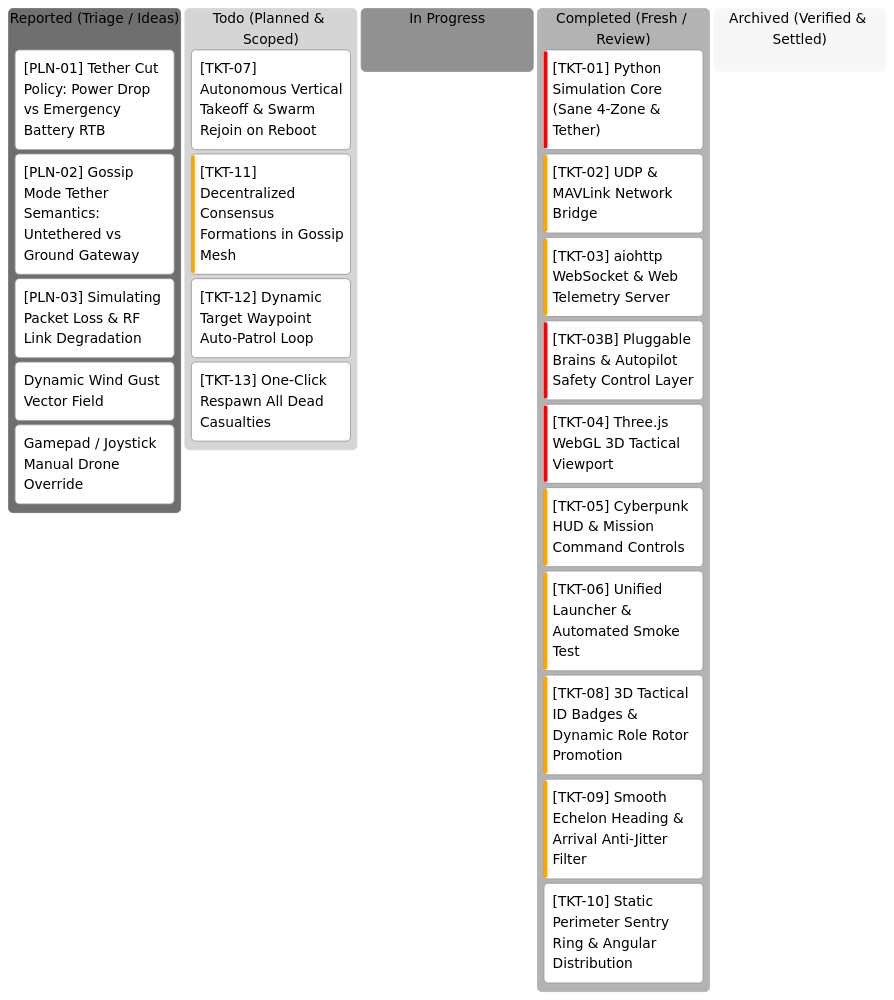
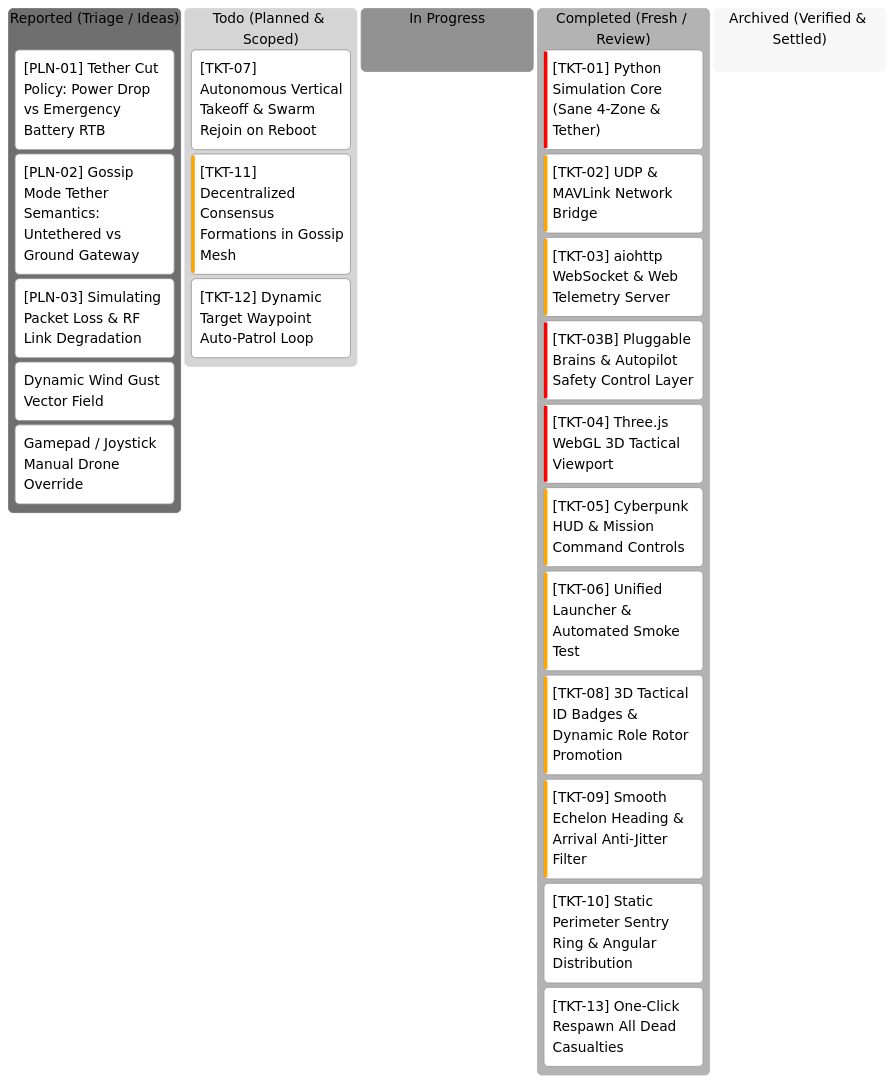
One commit to AlitheiaDeus/SwarmTech_v3-Uprising changed the diagram in kanban.md. Above: the diagram before and after it, drawn with Mermaid (neutral theme). The commit also changed other lines of this file and 8 other files, not shown here.

Commit message:
feat(casualty): implement one-click REBOOT_ALL_DEAD handler and GCS respawn button [TKT-13]

````diff
--- a/kanban.md
+++ b/kanban.md
@@ -7,27 +7,27 @@
 ```mermaid
 kanban
   reported["Reported (Triage / Ideas)"]
     pln1["[PLN-01] Tether Cut Policy: Power Drop vs Emergency Battery RTB"]
     pln2["[PLN-02] Gossip Mode Tether Semantics: Untethered vs Ground Gateway"]
     pln3["[PLN-03] Simulating Packet Loss & RF Link Degradation"]
     idea1["Dynamic Wind Gust Vector Field"]
     idea2["Gamepad / Joystick Manual Drone Override"]
   todo["Todo (Planned & Scoped)"]
     tkt7["[TKT-07] Autonomous Vertical Takeoff & Swarm Rejoin on Reboot"]@{ priority: 'Medium' }
     tkt11["[TKT-11] Decentralized Consensus Formations in Gossip Mesh"]@{ priority: 'High' }
     tkt12["[TKT-12] Dynamic Target Waypoint Auto-Patrol Loop"]@{ priority: 'Medium' }
-    tkt13["[TKT-13] One-Click Respawn All Dead Casualties"]@{ priority: 'Medium' }
   in_progress["In Progress"]
   completed["Completed (Fresh / Review)"]
     tkt1["[TKT-01] Python Simulation Core (Sane 4-Zone & Tether)"]@{ priority: 'Very High' }
     tkt2["[TKT-02] UDP & MAVLink Network Bridge"]@{ priority: 'High' }
     tkt3["[TKT-03] aiohttp WebSocket & Web Telemetry Server"]@{ priority: 'High' }
     tkt3b["[TKT-03B] Pluggable Brains & Autopilot Safety Control Layer"]@{ priority: 'Very High' }
     tkt4["[TKT-04] Three.js WebGL 3D Tactical Viewport"]@{ priority: 'Very High' }
     tkt5["[TKT-05] Cyberpunk HUD & Mission Command Controls"]@{ priority: 'High' }
     tkt6["[TKT-06] Unified Launcher & Automated Smoke Test"]@{ priority: 'High' }
     tkt8["[TKT-08] 3D Tactical ID Badges & Dynamic Role Rotor Promotion"]@{ priority: 'High' }
     tkt9["[TKT-09] Smooth Echelon Heading & Arrival Anti-Jitter Filter"]@{ priority: 'High' }
     tkt10["[TKT-10] Static Perimeter Sentry Ring & Angular Distribution"]@{ priority: 'Medium' }
+    tkt13["[TKT-13] One-Click Respawn All Dead Casualties"]@{ priority: 'Medium' }
   archived["Archived (Verified & Settled)"]
 ```
````
